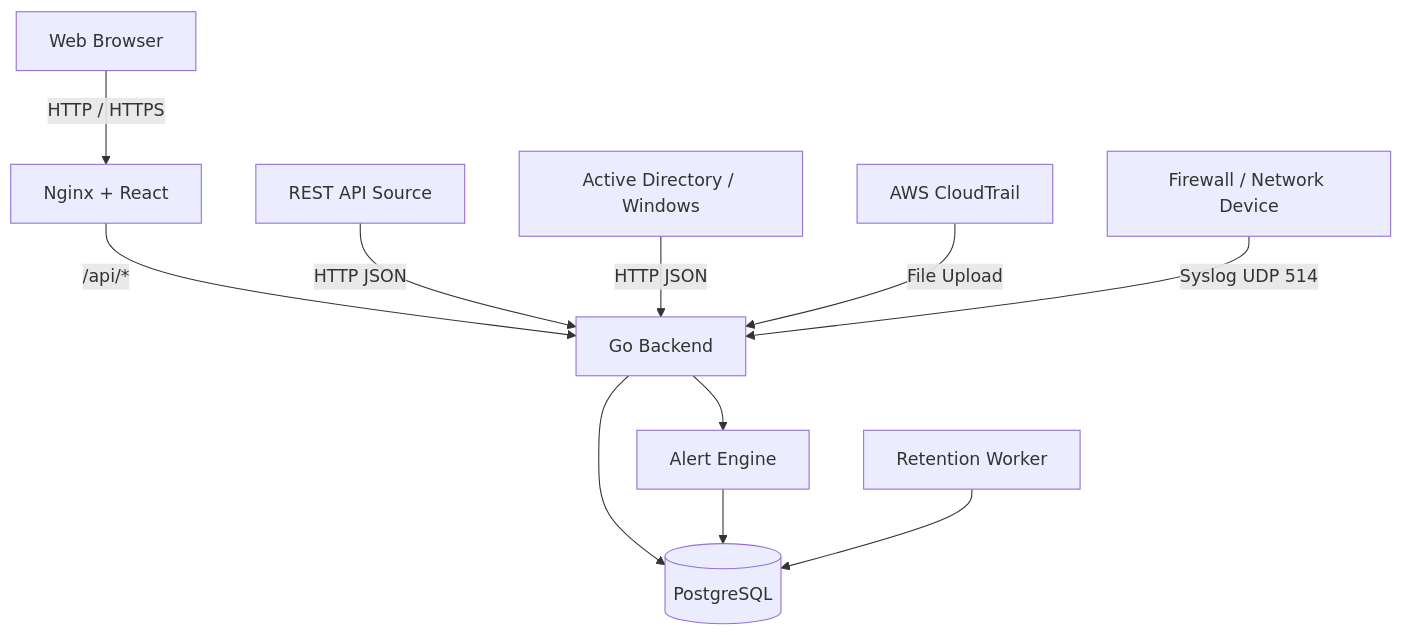
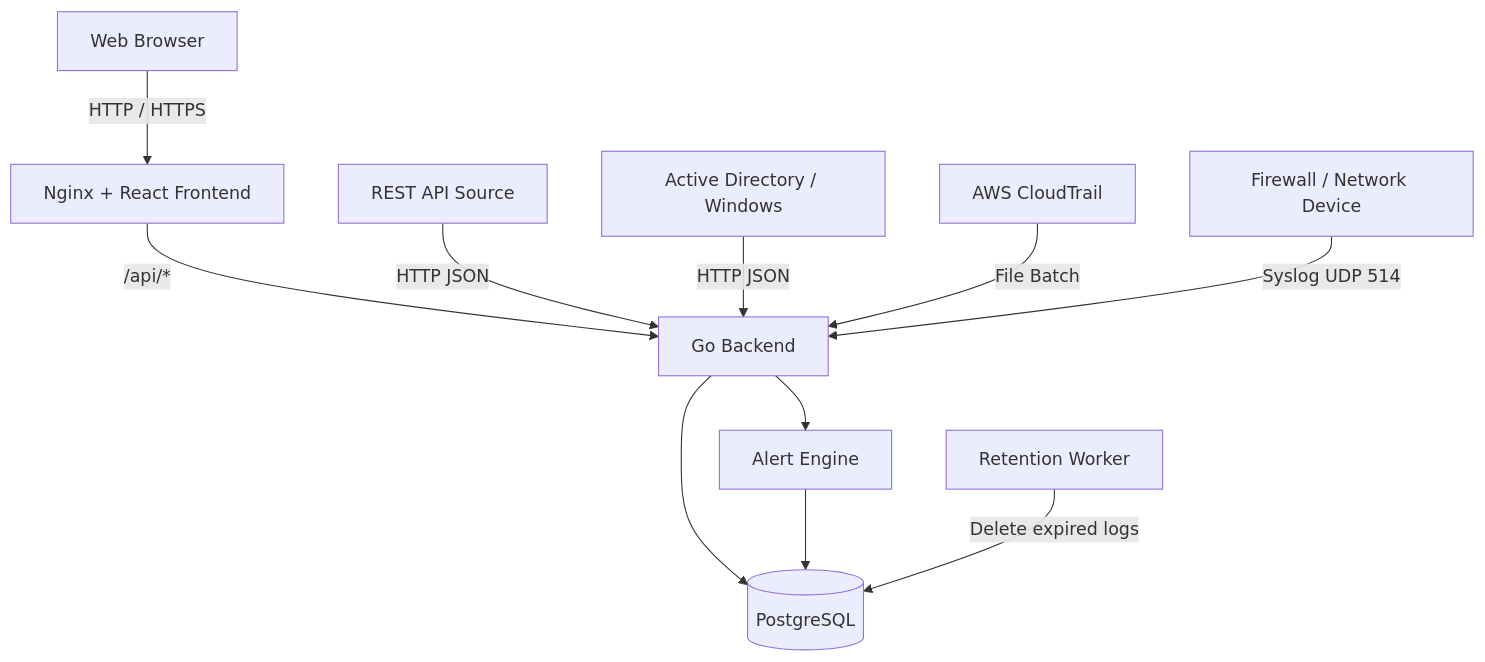
Before and after one commit to HAMLEG448/log-management-demo: the diagram in README.md, drawn with Mermaid. The commit also changed other lines of this file and 2 other files, not shown here.

````diff
--- a/README.md
+++ b/README.md
@@ -110,28 +159,29 @@
 ```mermaid
 flowchart TD
     USER[Web Browser]
 
     API[REST API Source]
     FW[Firewall / Network Device]
     AD[Active Directory / Windows]
     AWS[AWS CloudTrail]
 
-    NGINX[Nginx + React]
+    NGINX[Nginx + React Frontend]
     BACKEND[Go Backend]
     DB[(PostgreSQL)]
     ALERT[Alert Engine]
     RETENTION[Retention Worker]
 
     USER -->|HTTP / HTTPS| NGINX
     NGINX -->|/api/*| BACKEND
 
     API -->|HTTP JSON| BACKEND
     AD -->|HTTP JSON| BACKEND
-    AWS -->|File Upload| BACKEND
+    AWS -->|File Batch| BACKEND
     FW -->|Syslog UDP 514| BACKEND
 
     BACKEND --> DB
     BACKEND --> ALERT
     ALERT --> DB
-    RETENTION --> DB
+
+    RETENTION -->|Delete expired logs| DB
 ```
````
